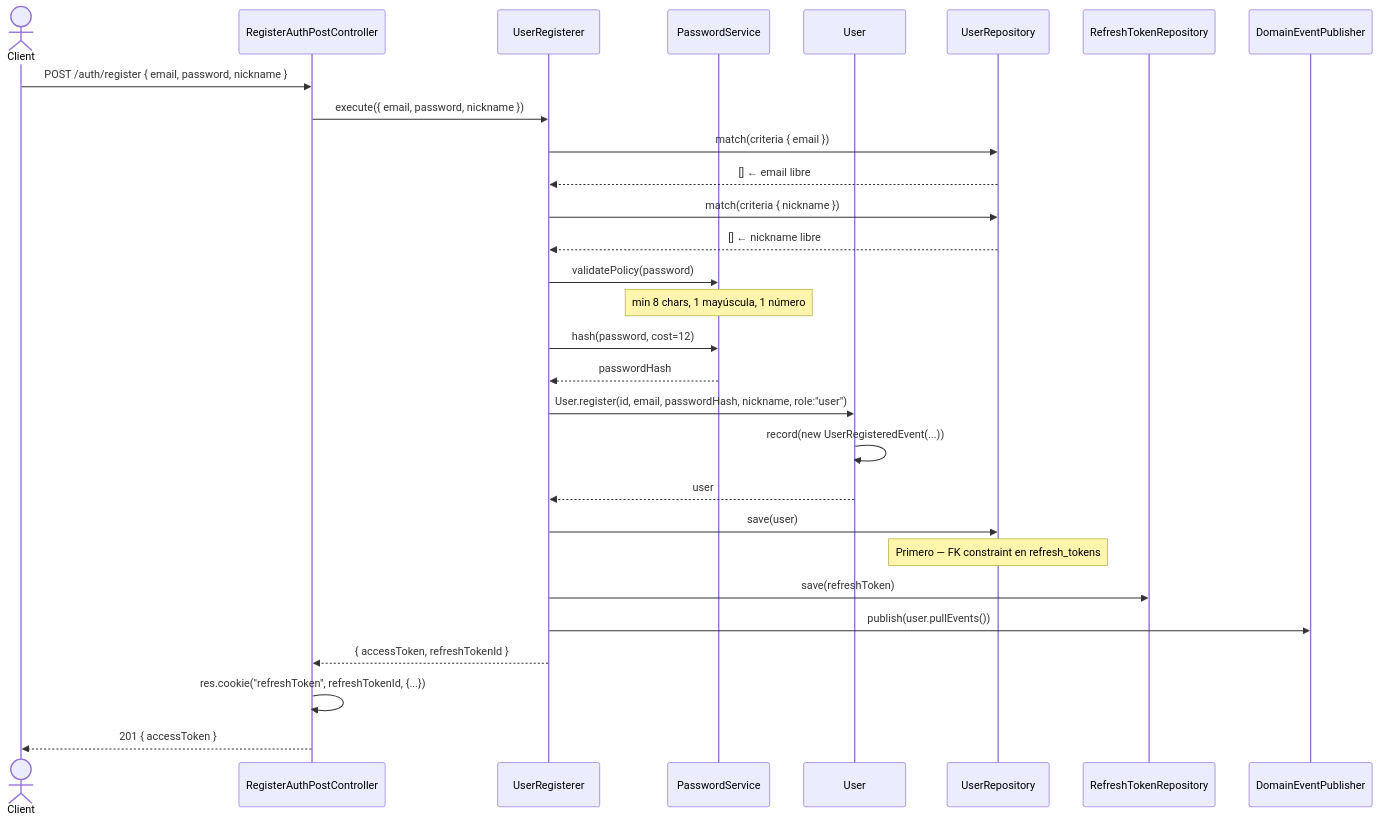
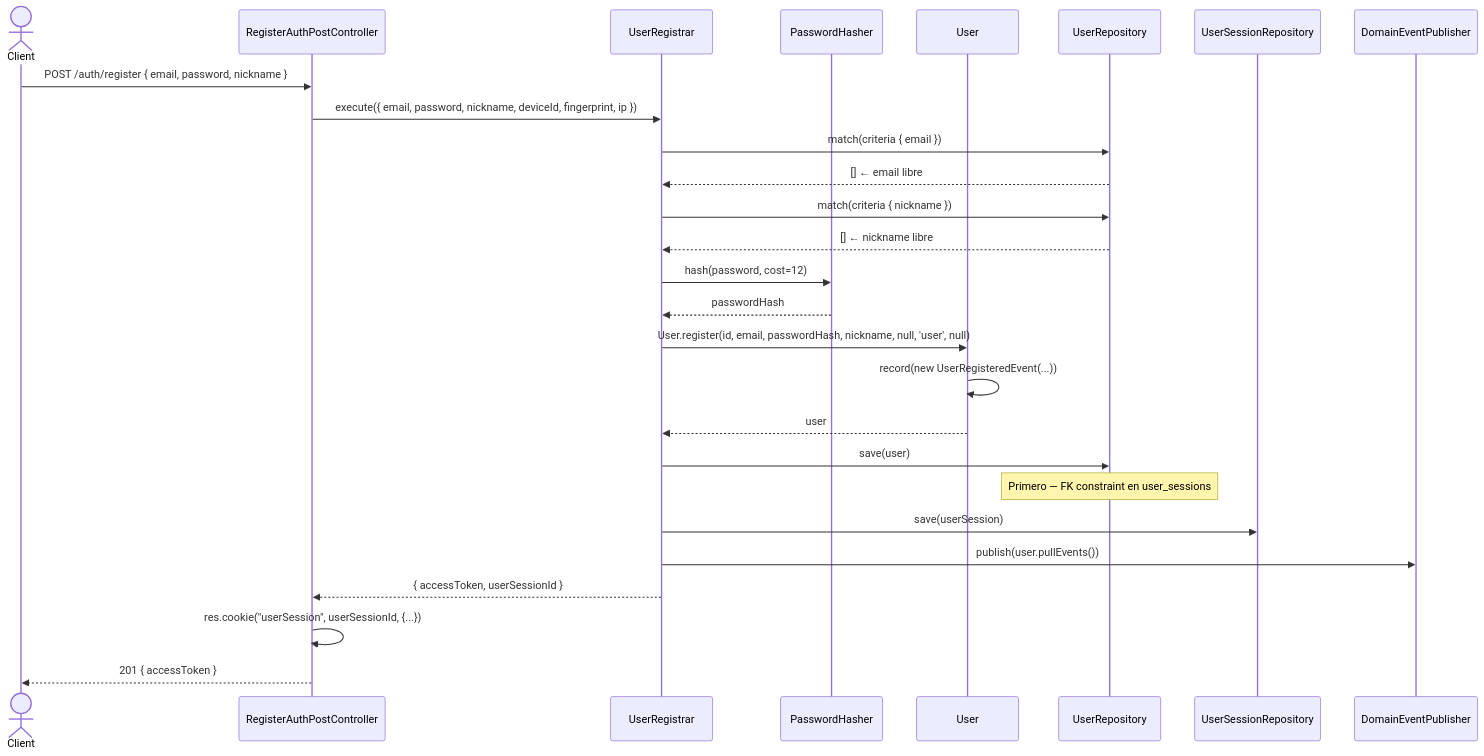
One commit to AbrahamVilchesDeLaCruz/ididntcatchthat changed the first of 2 diagrams in docs/apps/api/identity/register/sequence.md. Above: the diagram before and after it, drawn with Mermaid. The commit also changed other lines of this file and 184 other files, not shown here.

````diff
--- a/docs/apps/api/identity/register/sequence.md
+++ b/docs/apps/api/identity/register/sequence.md
@@ -7,42 +7,39 @@
 ```mermaid
 sequenceDiagram
     actor Client
     participant C as RegisterAuthPostController
-    participant UC as UserRegisterer
-    participant PS as PasswordService
+    participant UC as UserRegistrar
+    participant PH as PasswordHasher
     participant U as User
     participant UREPO as UserRepository
-    participant RTREPO as RefreshTokenRepository
+    participant RTREPO as UserSessionRepository
     participant PUB as DomainEventPublisher
 
     Client->>C: POST /auth/register { email, password, nickname }
 
-    C->>UC: execute({ email, password, nickname })
+    C->>UC: execute({ email, password, nickname, deviceId, fingerprint, ip })
 
     UC->>UREPO: match(criteria { email })
     UREPO-->>UC: [] ← email libre
 
     UC->>UREPO: match(criteria { nickname })
     UREPO-->>UC: [] ← nickname libre
 
-    UC->>PS: validatePolicy(password)
-    Note over PS: min 8 chars, 1 mayúscula, 1 número
+    UC->>PH: hash(password, cost=12)
+    PH-->>UC: passwordHash
 
-    UC->>PS: hash(password, cost=12)
-    PS-->>UC: passwordHash
-
-    UC->>U: User.register(id, email, passwordHash, nickname, role:"user")
+    UC->>U: User.register(id, email, passwordHash, nickname, null, 'user', null)
     U->>U: record(new UserRegisteredEvent(...))
     U-->>UC: user
 
     UC->>UREPO: save(user)
-    Note over UREPO: Primero — FK constraint en refresh_tokens
+    Note over UREPO: Primero — FK constraint en user_sessions
 
-    UC->>RTREPO: save(refreshToken)
+    UC->>RTREPO: save(userSession)
 
     UC->>PUB: publish(user.pullEvents())
 
-    UC-->>C: { accessToken, refreshTokenId }
-    C->>C: res.cookie("refreshToken", refreshTokenId, {...})
+    UC-->>C: { accessToken, userSessionId }
+    C->>C: res.cookie("userSession", userSessionId, {...})
     C-->>Client: 201 { accessToken }
 ```
````
